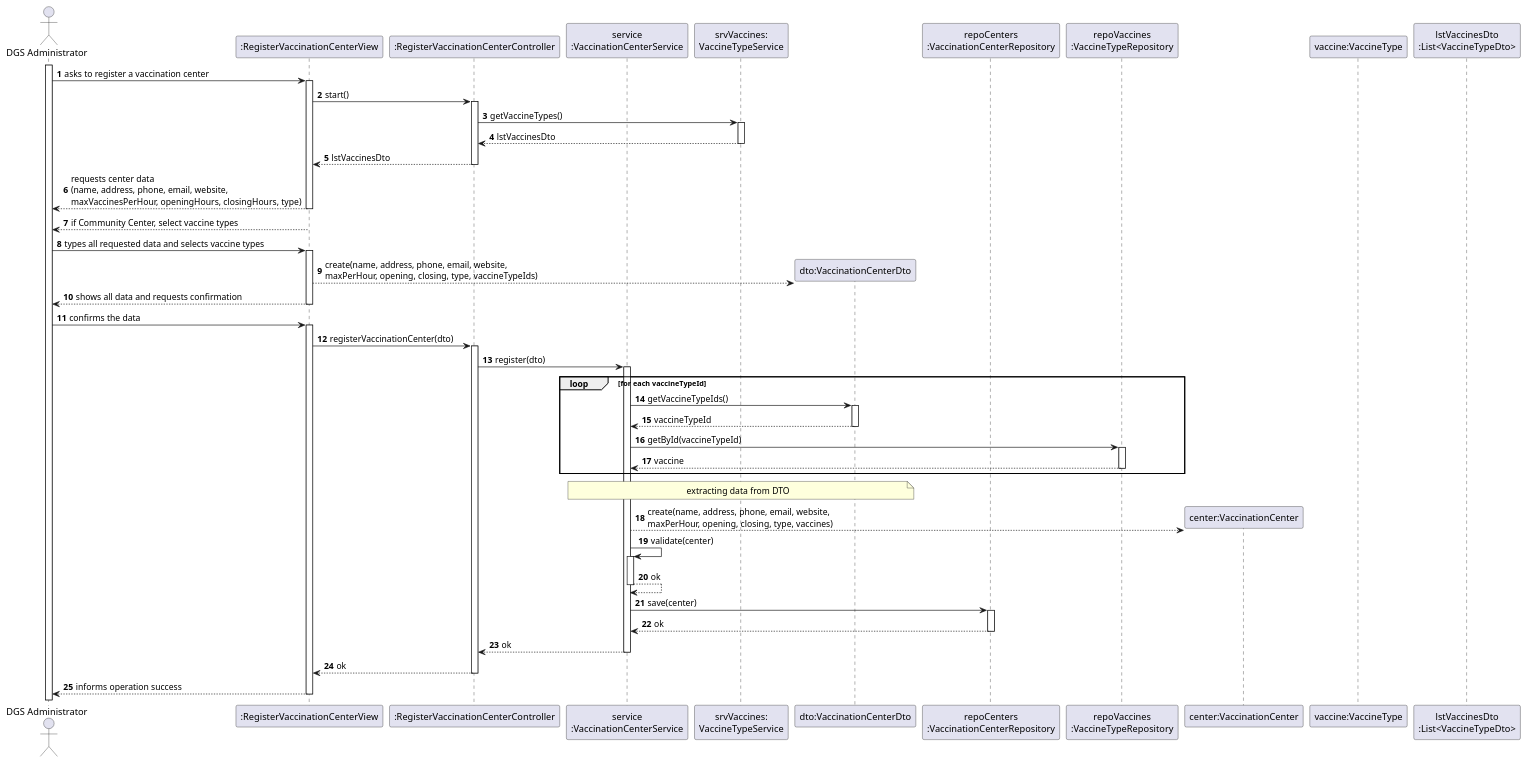
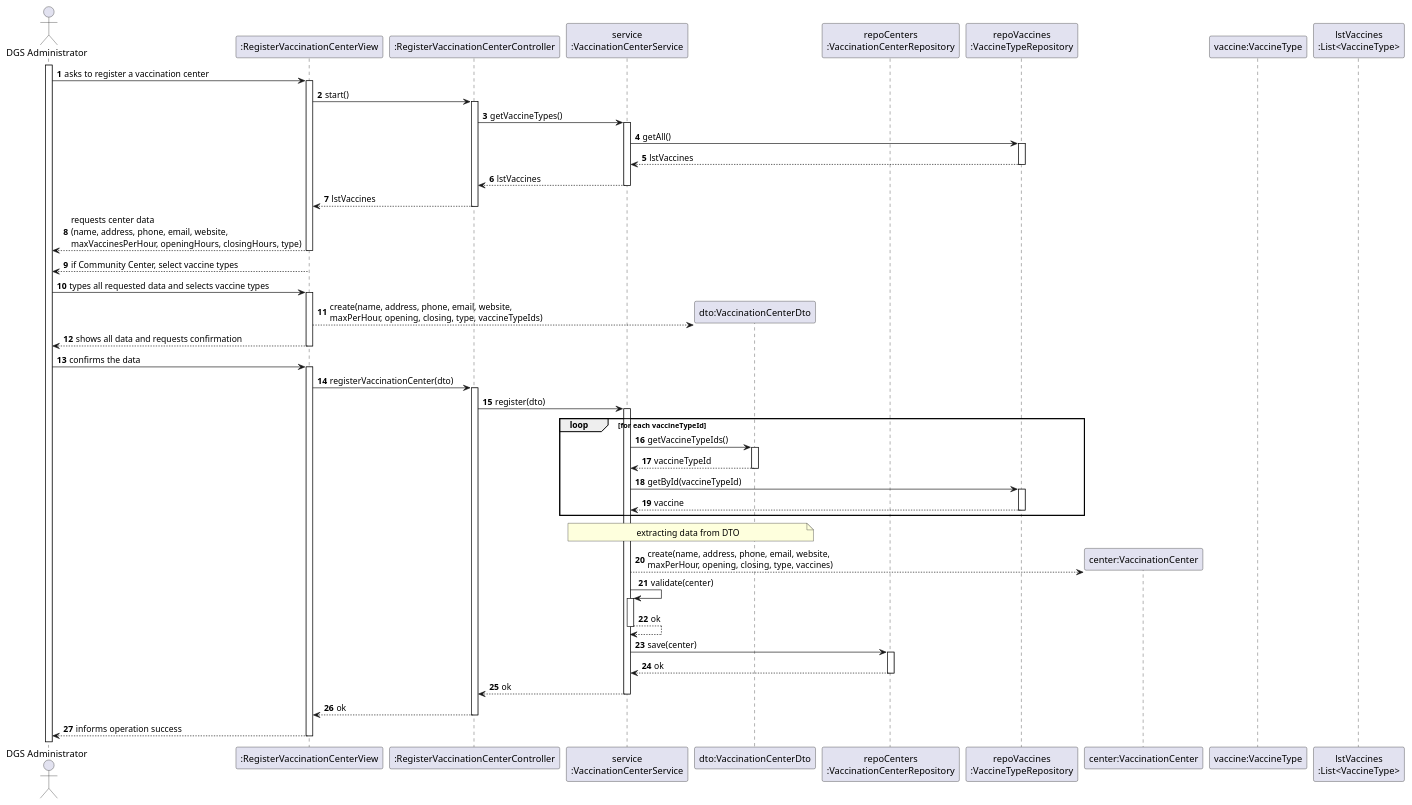
One commit to luluisfcm/leti-esoft-25-26-B5 changed the diagram in docs/system-documentation/US13/puml/US13-SD.puml. Above: the diagram before and after it, drawn with PlantUML. The commit also changed 4 other files, not shown here.

```diff
--- a/docs/system-documentation/US13/puml/US13-SD.puml
+++ b/docs/system-documentation/US13/puml/US13-SD.puml
@@ -1,59 +1,60 @@
 @startuml
 'https://plantuml.com/sequence-diagram
 autoactivate on
 autonumber
 
 actor "DGS Administrator" as Admin
 participant ":RegisterVaccinationCenterView" as System
 participant ":RegisterVaccinationCenterController" as Ctrl
 participant "service\n:VaccinationCenterService" as Service
-participant "srvVaccines:\nVaccineTypeService" as SrvVaccines
 participant "dto:VaccinationCenterDto" as CenterDto
 participant "repoCenters\n:VaccinationCenterRepository" as RepoCenter
 participant "repoVaccines\n:VaccineTypeRepository" as RepoVaccine
 participant "center:VaccinationCenter" as Center
 participant "vaccine:VaccineType" as Vaccine
-participant "lstVaccinesDto\n:List<VaccineTypeDto>" as LstVaccinesDto
+participant "lstVaccines\n:List<VaccineType>" as LstVaccines
 
 activate Admin
 
 Admin -> System: asks to register a vaccination center
 System -> Ctrl: start()
 
-Ctrl -> SrvVaccines: getVaccineTypes()
-SrvVaccines --> Ctrl: lstVaccinesDto
-Ctrl --> System: lstVaccinesDto
+Ctrl -> Service: getVaccineTypes()
+Service -> RepoVaccine: getAll()
+RepoVaccine --> Service: lstVaccines
+Service --> Ctrl: lstVaccines
+Ctrl --> System: lstVaccines
 
 System --> Admin: requests center data \n(name, address, phone, email, website,\nmaxVaccinesPerHour, openingHours, closingHours, type)
 System --> Admin: if Community Center, select vaccine types
 Admin -> System: types all requested data and selects vaccine types
 
 System --> CenterDto**: create(name, address, phone, email, website,\nmaxPerHour, opening, closing, type, vaccineTypeIds)
 System --> Admin: shows all data and requests confirmation
 Admin -> System: confirms the data
 
 System -> Ctrl: registerVaccinationCenter(dto)
 Ctrl -> Service: register(dto)
 
 loop for each vaccineTypeId
 Service -> CenterDto: getVaccineTypeIds()
 CenterDto --> Service: vaccineTypeId
 Service -> RepoVaccine: getById(vaccineTypeId)
 RepoVaccine --> Service: vaccine
 end
 
 note over Service, CenterDto: extracting data from DTO
 
 Service --> Center**: create(name, address, phone, email, website,\nmaxPerHour, opening, closing, type, vaccines)
 
 Service -> Service: validate(center)
 Service --> Service: ok
 
 Service -> RepoCenter: save(center)
 RepoCenter --> Service: ok
 
 Service --> Ctrl: ok
 Ctrl --> System: ok
 System --> Admin: informs operation success
 
 @enduml
```
